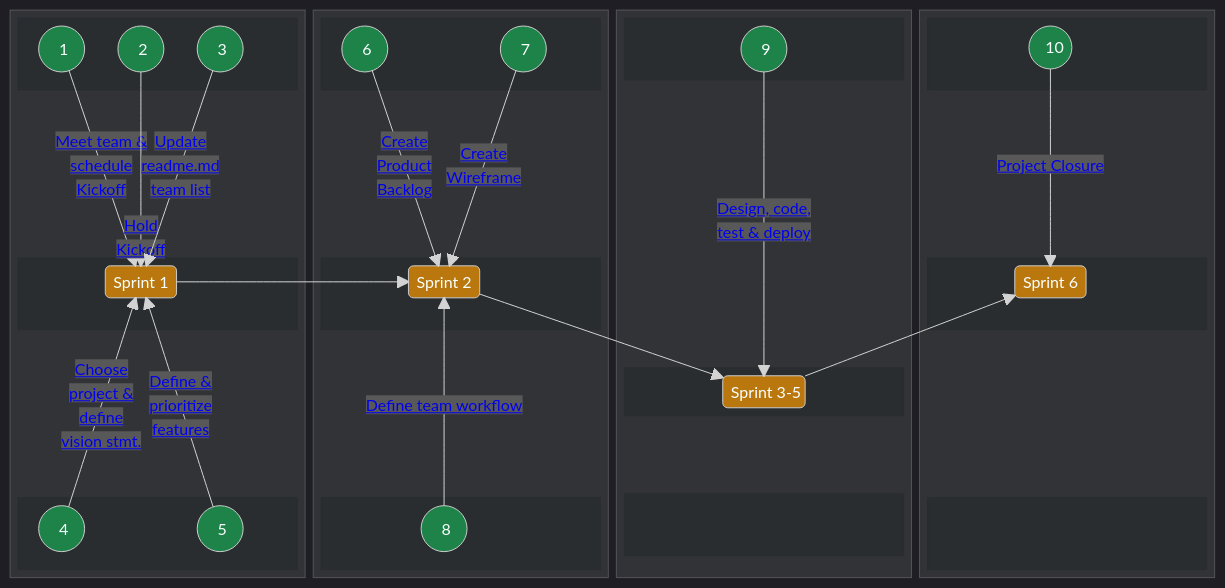
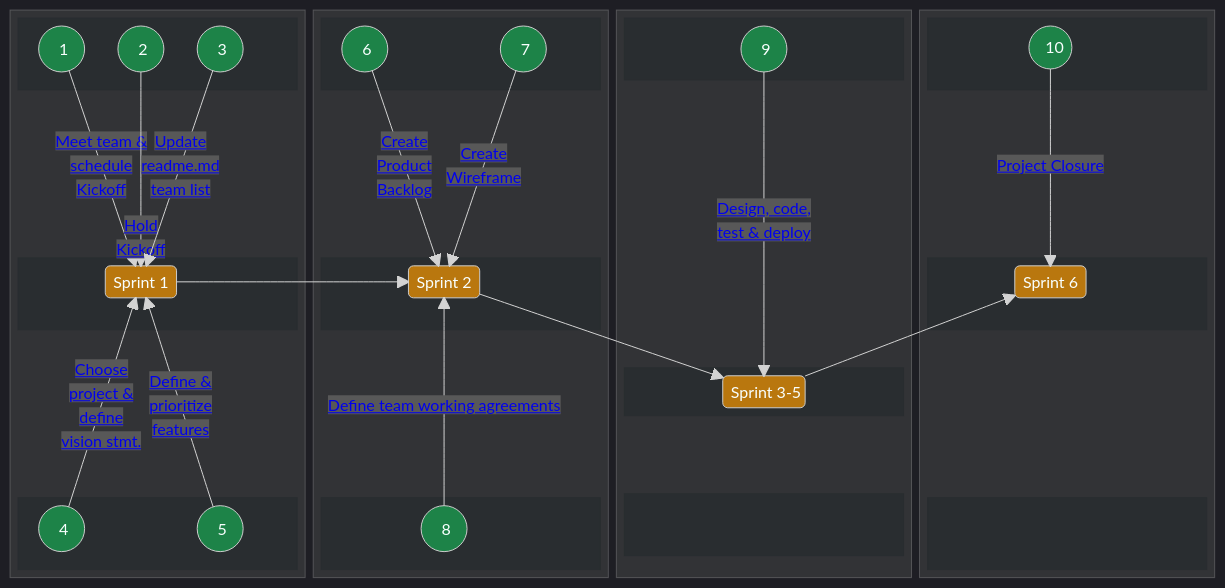
Before and after one commit to chingu-voyages/Handbook: the second of 2 diagrams in docs/guides/voyage/voyage.md, drawn with Mermaid. The commit also changed other lines of this file, not shown here.

Commit message:
Feature: Change Team Workflow to Working Agreements

```diff
--- a/docs/guides/voyage/voyage.md
+++ b/docs/guides/voyage/voyage.md
@@ -130,7 +130,7 @@
       end
       A6 -- "<a href="https://github.com/chingu-voyages/Handbook/blob/main/docs/guides/voyage/voyage.md#6-setup-product-backlog-">Create</br>Product</br>Backlog</a>" --> SPRINT2
       A7 -- "<a href="https://github.com/chingu-voyages/Handbook/blob/main/docs/guides/voyage/voyage.md#7-create-a-low-fidelity-wireframe-%EF%B8%8F">Create</br>Wireframe</a>" --> SPRINT2
-      A8 -- "<a href="https://github.com/chingu-voyages/Handbook/blob/main/docs/guides/voyage/voyage.md#8-setup-your-team-workflow-">Define team workflow</a>" --> SPRINT2
+      A8 -- "<a href="https://github.com/chingu-voyages/Handbook/blob/main/docs/guides/voyage/voyage.md#8-setup-your-teams-working-agreements-">Define team working agreements</a>" --> SPRINT2
     end
 
     block:B3:1
```
